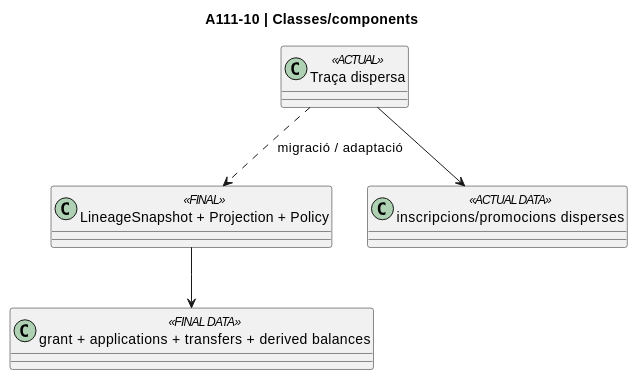
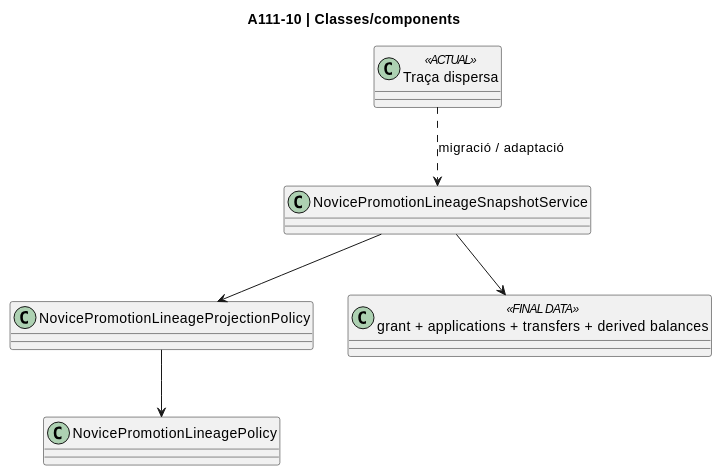
Diagram 38 of 48 in documentacio/07-uml-integrat/uc-111-diagrames-per-accio.md (orgmeriemprismacat-del/verifactu), drawn with PlantUML before and after one commit. The commit also changed other lines of this file, not shown here.

Commit message:
docs UC-111 action class diagrams: replace composite placeholders with exact transfer, lineage and refund services/policies

````diff
--- a/documentacio/07-uml-integrat/uc-111-diagrames-per-accio.md
+++ b/documentacio/07-uml-integrat/uc-111-diagrames-per-accio.md
@@ -772,12 +796,14 @@
 ```plantuml
 @startuml
 title A111-10 | Classes/components
 class "Traça dispersa" as Legacy <<ACTUAL>>
-class "LineageSnapshot + Projection + Policy" as Final <<FINAL>>
-class "inscripcions/promocions disperses" as LegacyDB <<ACTUAL DATA>>
+class NovicePromotionLineageSnapshotService
+class NovicePromotionLineageProjectionPolicy
+class NovicePromotionLineagePolicy
 class "grant + applications + transfers + derived balances" as SIFDB <<FINAL DATA>>
-Legacy --> LegacyDB
-Legacy ..> Final : migració / adaptació
-Final --> SIFDB
+Legacy ..> NovicePromotionLineageSnapshotService : migració / adaptació
+NovicePromotionLineageSnapshotService --> SIFDB
+NovicePromotionLineageSnapshotService --> NovicePromotionLineageProjectionPolicy
+NovicePromotionLineageProjectionPolicy --> NovicePromotionLineagePolicy
 @enduml
 ```
````
